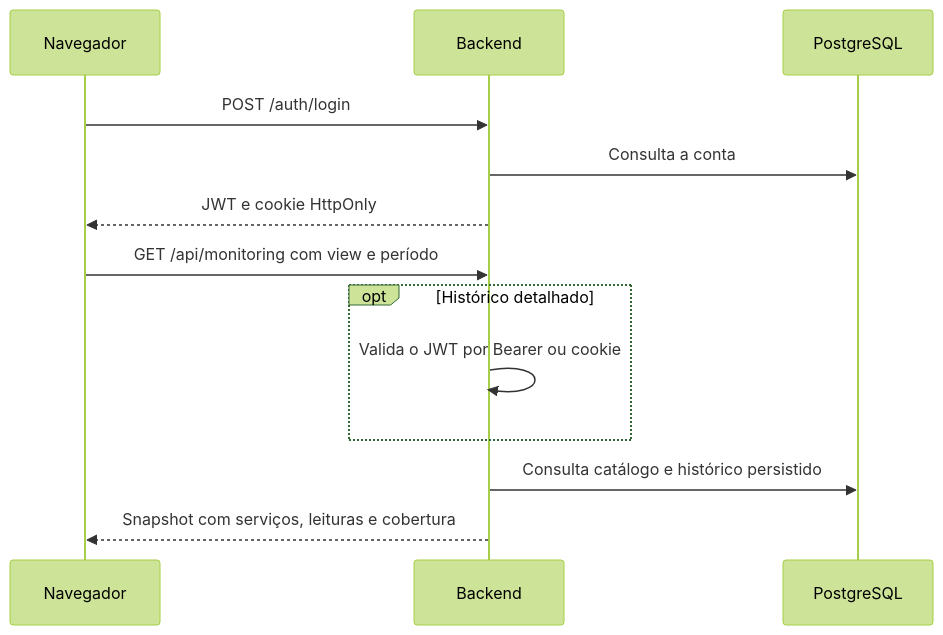
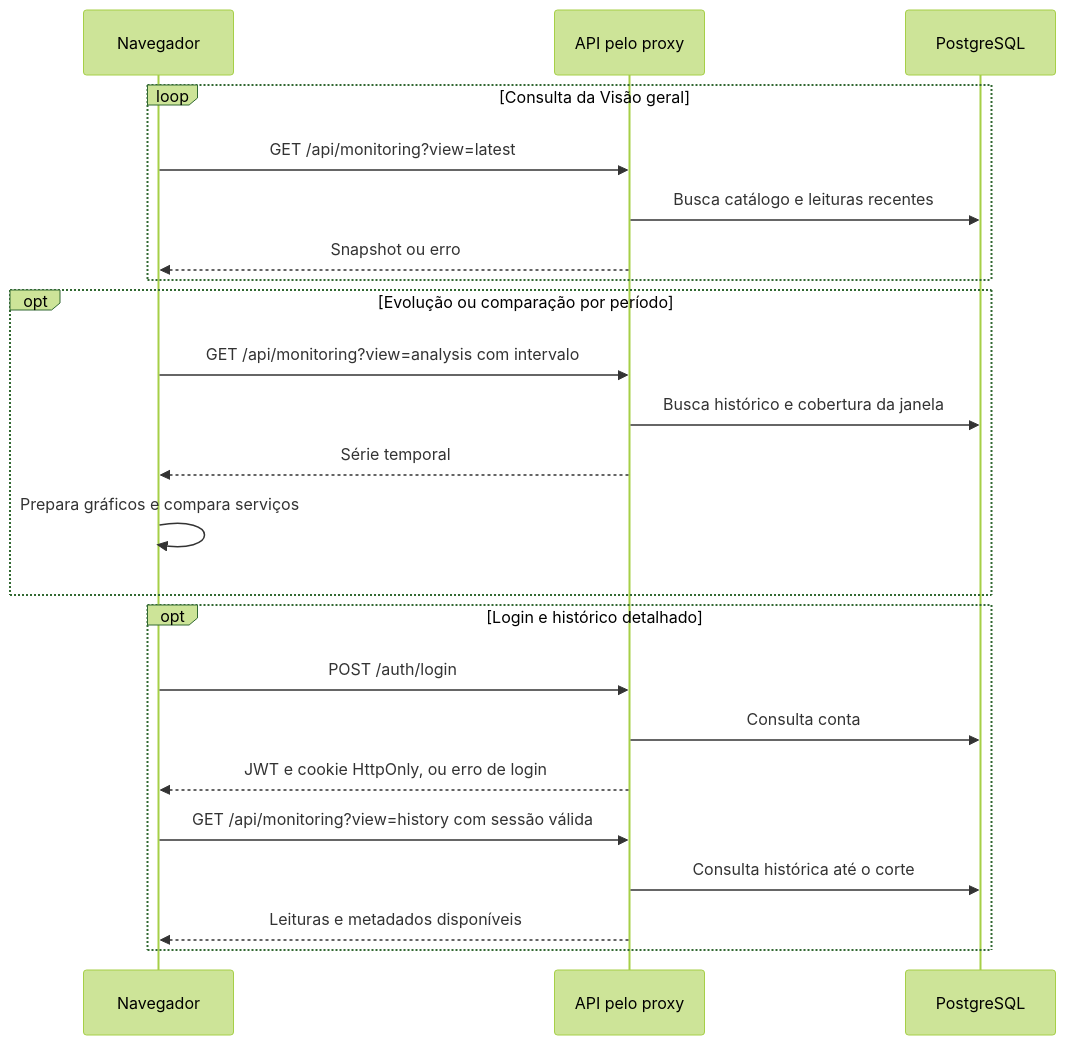
The fifth of 5 diagrams in docs/arquitetura.md (pentascripts-organization/EcoByteMetrics), drawn with Mermaid (forest theme) before and after one commit. The commit also changed other lines of this file and 11 other files, not shown here.

````diff
--- a/docs/arquitetura.md
+++ b/docs/arquitetura.md
@@ -63,15 +88,25 @@
 ```mermaid
 sequenceDiagram
     participant U as Navegador
-    participant B as Backend
+    participant B as API pelo proxy
     participant P as PostgreSQL
-    U->>B: POST /auth/login
-    B->>P: Consulta a conta
-    B-->>U: JWT e cookie HttpOnly
-    U->>B: GET /api/monitoring com view e período
-    opt Histórico detalhado
-        B->>B: Valida o JWT por Bearer ou cookie
+    loop Consulta da Visão geral
+        U->>B: GET /api/monitoring?view=latest
+        B->>P: Busca catálogo e leituras recentes
+        B-->>U: Snapshot ou erro
     end
-    B->>P: Consulta catálogo e histórico persistido
-    B-->>U: Snapshot com serviços, leituras e cobertura
+    opt Evolução ou comparação por período
+        U->>B: GET /api/monitoring?view=analysis com intervalo
+        B->>P: Busca histórico e cobertura da janela
+        B-->>U: Série temporal
+        U->>U: Prepara gráficos e compara serviços
+    end
+    opt Login e histórico detalhado
+        U->>B: POST /auth/login
+        B->>P: Consulta conta
+        B-->>U: JWT e cookie HttpOnly, ou erro de login
+        U->>B: GET /api/monitoring?view=history com sessão válida
+        B->>P: Consulta histórica até o corte
+        B-->>U: Leituras e metadados disponíveis
+    end
 ```
````
